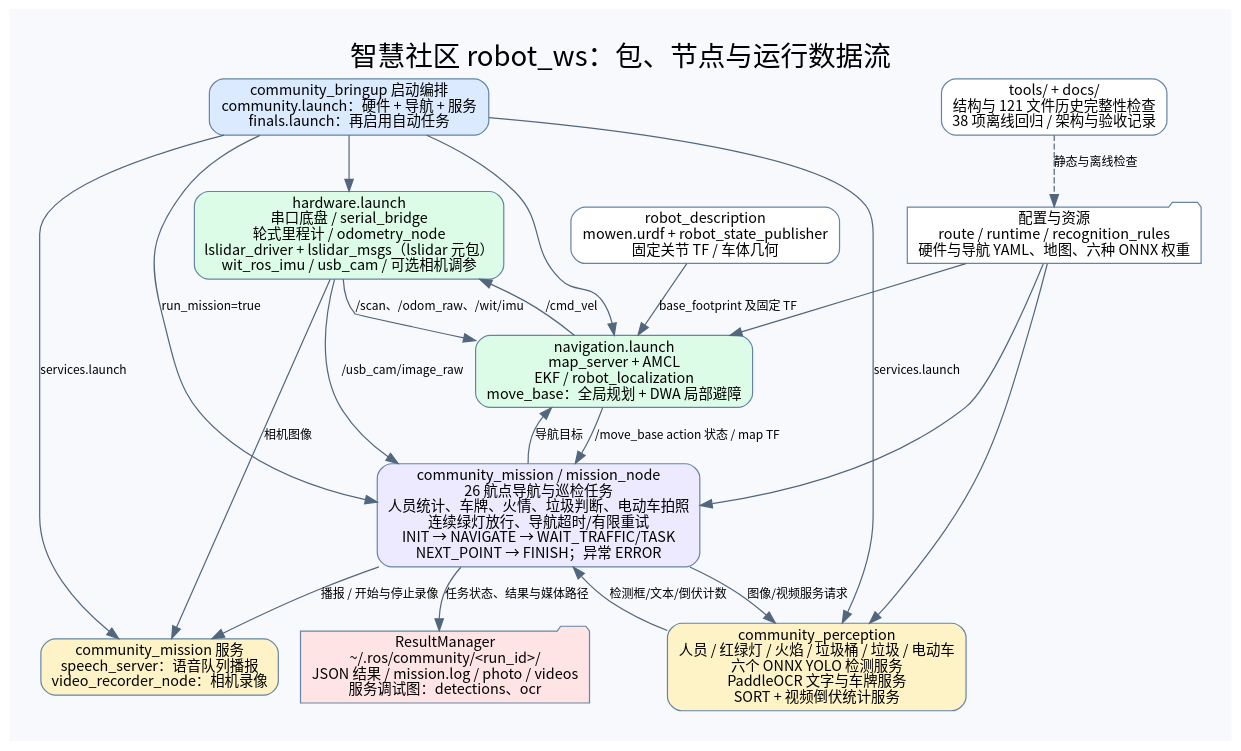
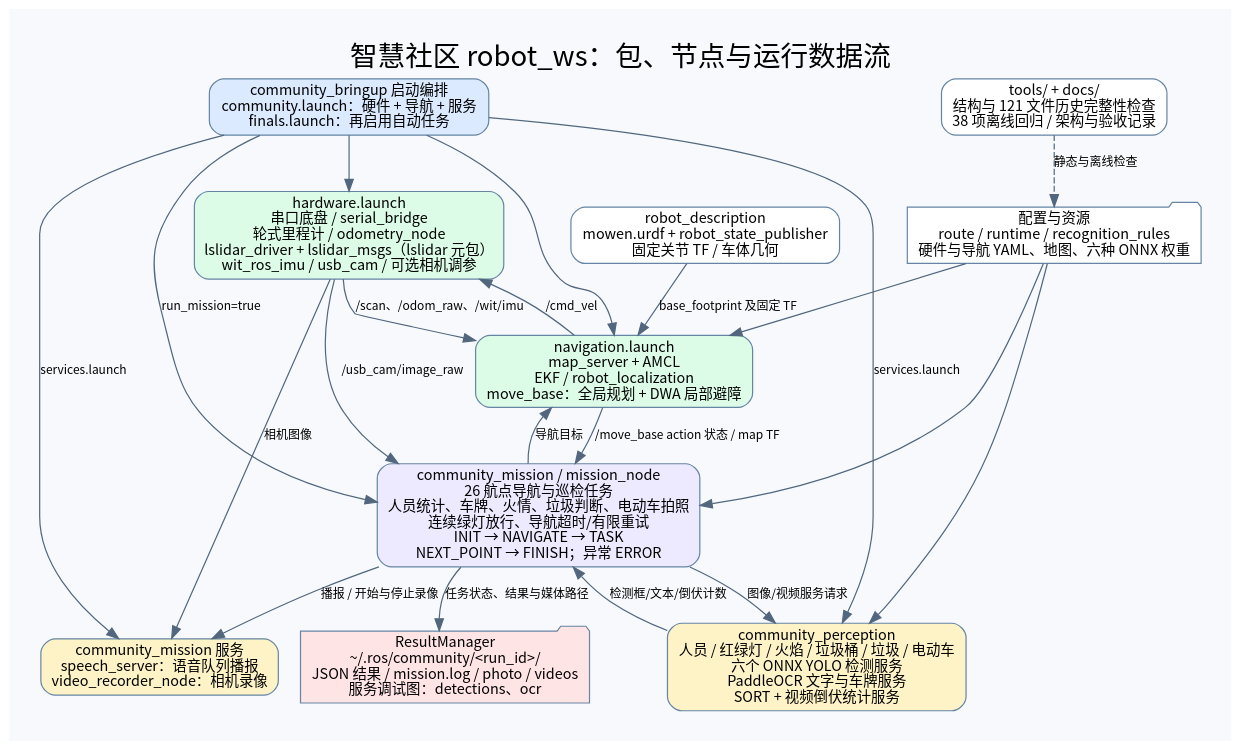
One commit to Mplus0/Smart-Community changed the diagram in robot_ws/docs/workspace_architecture.dot. Above: the diagram before and after it, drawn with Graphviz. The commit also changed 17 other files, not shown here.

```diff
--- a/robot_ws/docs/workspace_architecture.dot
+++ b/robot_ws/docs/workspace_architecture.dot
@@ -1,58 +1,58 @@
 digraph Workspace {
 graph [rankdir=TB, bgcolor="#f7f9fc", fontname="Noto Sans CJK SC", label="智慧社区 robot_ws：包、节点与运行数据流", labelloc=t, fontsize=23, pad=0.35];
 node [shape=box, style="rounded,filled", fillcolor="white", color="#6685a4", fontname="Noto Sans CJK SC", fontsize=12];
 edge [fontname="Noto Sans CJK SC", fontsize=10, color="#52677e"];
 entry [label="community_bringup 启动编排
 community.launch：硬件 + 导航 + 服务
 finals.launch：再启用自动任务",fillcolor="#dbeafe"];
 hw [label="hardware.launch
 串口底盘 / serial_bridge
 轮式里程计 / odometry_node
 lslidar_driver + lslidar_msgs（lslidar 元包）
 wit_ros_imu / usb_cam / 可选相机调参", fillcolor="#dcfce7"];
 nav [label="navigation.launch
 map_server + AMCL
 EKF / robot_localization
 move_base：全局规划 + DWA 局部避障",fillcolor="#dcfce7"];
 model [label="robot_description
 mowen.urdf + robot_state_publisher
 固定关节 TF / 车体几何"];
 per [label="community_perception
 人员 / 红绿灯 / 火焰 / 垃圾桶 / 垃圾 / 电动车
 六个 ONNX YOLO 检测服务
 PaddleOCR 文字与车牌服务
 SORT + 视频倒伏统计服务",fillcolor="#fef3c7"];
 mission [label="community_mission / mission_node
 26 航点导航与巡检任务
 人员统计、车牌、火情、垃圾判断、电动车拍照
 连续绿灯放行、导航超时/有限重试
-INIT → NAVIGATE → WAIT_TRAFFIC/TASK
+INIT → NAVIGATE → TASK
 NEXT_POINT → FINISH；异常 ERROR",fillcolor="#ede9fe"];
 media [label="community_mission 服务
 speech_server：语音队列播报
 video_recorder_node：相机录像",fillcolor="#fef3c7"];
 cfg [label="配置与资源
 route / runtime / recognition_rules
 硬件与导航 YAML、地图、六种 ONNX 权重",shape=folder];
 out [label="ResultManager
 ~/.ros/community/<run_id>/
 JSON 结果 / mission.log / photo / videos
 服务调试图：detections、ocr",shape=folder,fillcolor="#ffe4e6"];
 tools [label="tools/ + docs/
 结构与 121 文件历史完整性检查
 38 项离线回归 / 架构与验收记录"];
 entry -> hw; entry -> nav; entry -> per [label="services.launch"]; entry -> media [label="services.launch"]; entry -> mission [label="run_mission=true"];
 hw -> nav [label="/scan、/odom_raw、/wit/imu"];
 model -> nav [label="base_footprint 及固定 TF"];
 nav -> mission [label="/move_base action 状态 / map TF"];
 mission -> nav [label="导航目标"];
 nav -> hw [label="/cmd_vel"];
 hw -> mission [label="/usb_cam/image_raw"];
 mission -> per [label="图像/视频服务请求"];
 per -> mission [label="检测框/文本/倒伏计数"];
 mission -> media [label="播报 / 开始与停止录像"];
 hw -> media [label="相机图像"];
 mission -> out [label="任务状态、结果与媒体路径"];
 cfg -> nav; cfg -> mission; cfg -> per;
 tools -> cfg [style=dashed,label="静态与离线检查"];
 }
```
